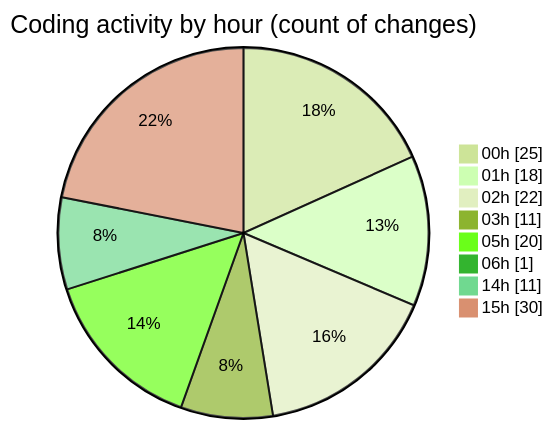
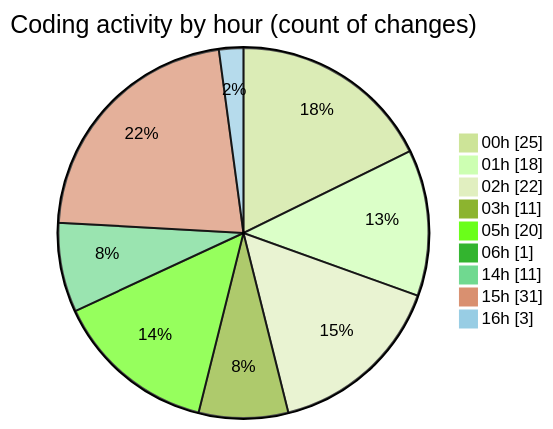
One commit to EIIisD/code-tracking changed the second of 2 diagrams in 2025-07-18/ribbon/README.md. Above: the diagram before and after it, drawn with Mermaid (forest theme). The commit also changed other lines of this file and 1 other file, not shown here.

````diff
--- a/2025-07-18/ribbon/README.md
+++ b/2025-07-18/ribbon/README.md
@@ -49,12 +49,13 @@
 ```mermaid
 pie showData
 title Coding activity by hour (count of changes)
 "00h" : 25
 "01h" : 18
 "02h" : 22
 "03h" : 11
 "05h" : 20
 "06h" : 1
 "14h" : 11
-"15h" : 30
+"15h" : 31
+"16h" : 3
 ```
````
